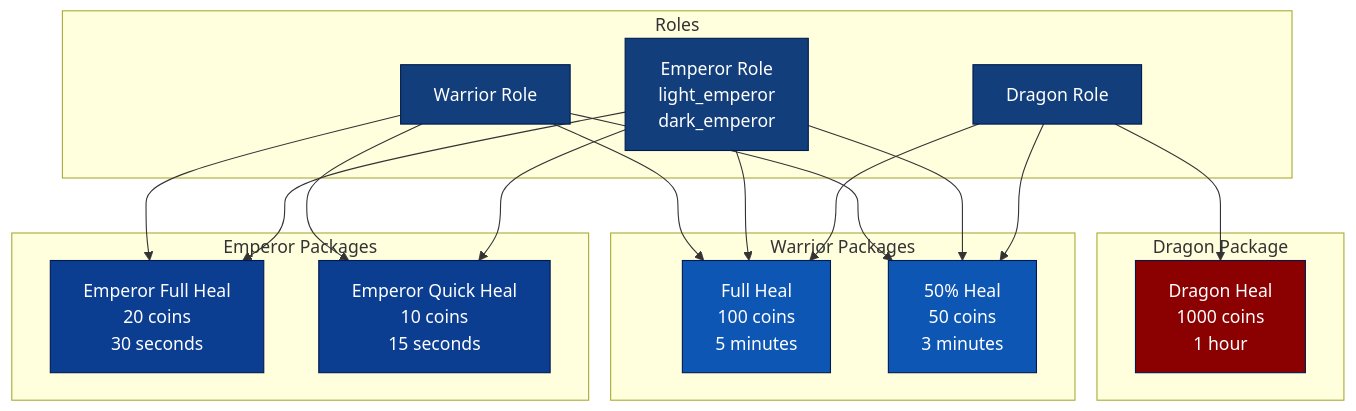
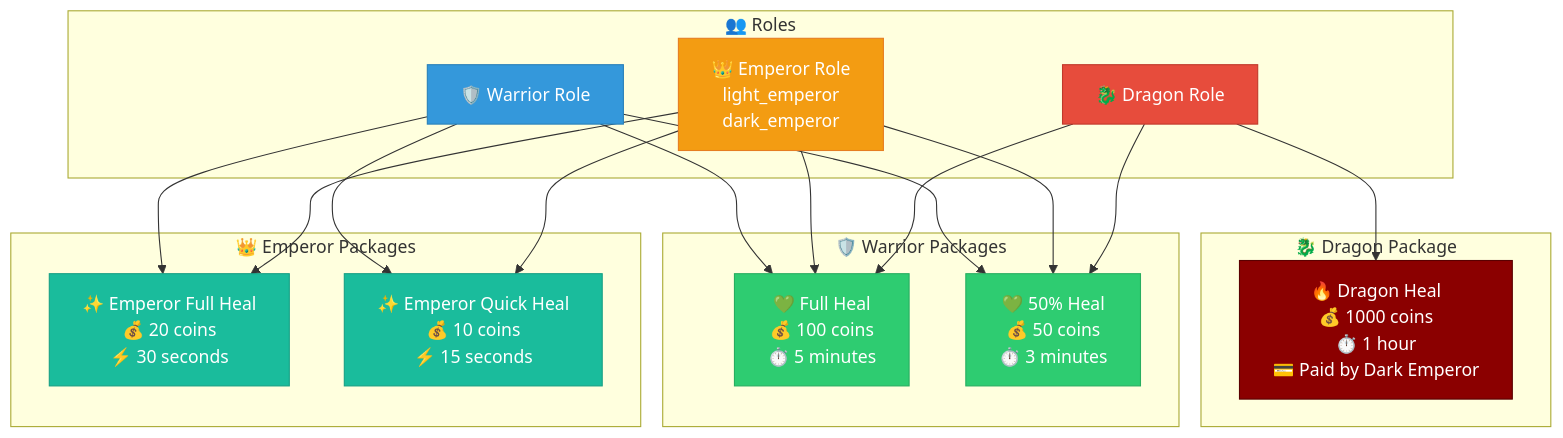
Before and after one commit to tiraten-bot/network-sec-micro: diagram 24 of 33 in README.md, drawn with Mermaid. The commit also changed other lines of this file, not shown here.

Commit message:
Enhance README.md with emoji annotations for the Heal Service sections, improving clarity and visual appeal. Updated role-based packages, state management, and logging flow diagrams to include relevant icons and descriptions.

````diff
--- a/README.md
+++ b/README.md
@@ -1337,45 +1337,45 @@
 ```mermaid
 graph TB
-    subgraph "Warrior Packages"
-        WF[Full Heal<br/>100 coins<br/>5 minutes]
-        WP[50% Heal<br/>50 coins<br/>3 minutes]
+    subgraph "🛡️ Warrior Packages"
+        WF[💚 Full Heal<br/>💰 100 coins<br/>⏱️ 5 minutes]
+        WP[💚 50% Heal<br/>💰 50 coins<br/>⏱️ 3 minutes]
     end
     
-    subgraph "Emperor Packages"
-        EF[Emperor Full Heal<br/>20 coins<br/>30 seconds]
-        EP[Emperor Quick Heal<br/>10 coins<br/>15 seconds]
+    subgraph "👑 Emperor Packages"
+        EF[✨ Emperor Full Heal<br/>💰 20 coins<br/>⚡ 30 seconds]
+        EP[✨ Emperor Quick Heal<br/>💰 10 coins<br/>⚡ 15 seconds]
     end
     
-    subgraph "Dragon Package"
-        DH[Dragon Heal<br/>1000 coins<br/>1 hour]
+    subgraph "🐉 Dragon Package"
+        DH[🔥 Dragon Heal<br/>💰 1000 coins<br/>⏱️ 1 hour<br/>💳 Paid by Dark Emperor]
     end
     
-    subgraph "Roles"
-        W[Warrior Role]
-        E[Emperor Role<br/>light_emperor<br/>dark_emperor]
-        D[Dragon Role]
+    subgraph "👥 Roles"
+        W[🛡️ Warrior Role]
+        E[👑 Emperor Role<br/>light_emperor<br/>dark_emperor]
+        D[🐉 Dragon Role]
     end
     
     W --> WF
     W --> WP
     W --> EF
     W --> EP
     
     E --> EF
     E --> EP
     E --> WF
     E --> WP
     
     D --> DH
     D --> WF
     D --> WP
     
-    style WF fill:#0d56b3,stroke:#001a4d,color:#ffffff
-    style WP fill:#0d56b3,stroke:#001a4d,color:#ffffff
-    style EF fill:#0b3d91,stroke:#001a4d,color:#ffffff
-    style EP fill:#0b3d91,stroke:#001a4d,color:#ffffff
-    style DH fill:#8b0000,stroke:#001a4d,color:#ffffff
-    style W fill:#133e7c,stroke:#001a4d,color:#ffffff
-    style E fill:#133e7c,stroke:#001a4d,color:#ffffff
-    style D fill:#133e7c,stroke:#001a4d,color:#ffffff
+    style WF fill:#2ecc71,stroke:#27ae60,color:#ffffff
+    style WP fill:#2ecc71,stroke:#27ae60,color:#ffffff
+    style EF fill:#1abc9c,stroke:#16a085,color:#ffffff
+    style EP fill:#1abc9c,stroke:#16a085,color:#ffffff
+    style DH fill:#8b0000,stroke:#5a0000,color:#ffffff
+    style W fill:#3498db,stroke:#2980b9,color:#ffffff
+    style E fill:#f39c12,stroke:#e67e22,color:#ffffff
+    style D fill:#e74c3c,stroke:#c0392b,color:#ffffff
 ```
````
